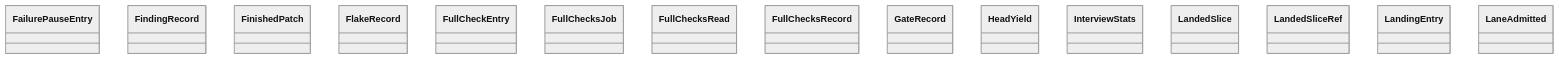
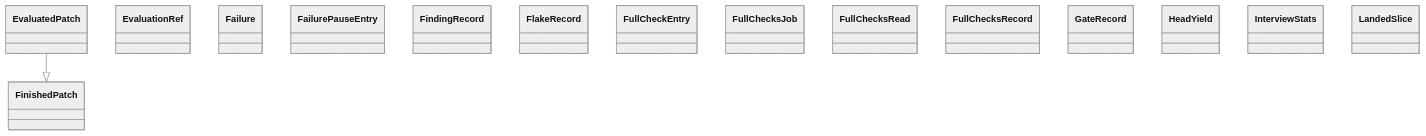
The diagram in docs/architecture/generated/classes-process-domain-state-5.md (GonzaloZevallos/agentic-system), drawn with Mermaid (neutral theme) before and after one commit. The commit also changed other lines of this file and 46 other files, not shown here.

````diff
--- a/docs/architecture/generated/classes-process-domain-state-5.md
+++ b/docs/architecture/generated/classes-process-domain-state-5.md
@@ -28,18 +29,19 @@
 ```mermaid
 classDiagram
+    class task__EvaluatedPatch["EvaluatedPatch"]
+    class task__EvaluationRef["EvaluationRef"]
+    class task__Failure["Failure"]
     class task__FailurePauseEntry["FailurePauseEntry"]
     class task__FindingRecord["FindingRecord"]
     class task__FinishedPatch["FinishedPatch"]
     class task__FlakeRecord["FlakeRecord"]
     class task__FullCheckEntry["FullCheckEntry"]
     class task__FullChecksJob["FullChecksJob"]
     class task__FullChecksRead["FullChecksRead"]
     class task__FullChecksRecord["FullChecksRecord"]
     class task__GateRecord["GateRecord"]
     class task__HeadYield["HeadYield"]
     class task__InterviewStats["InterviewStats"]
     class task__LandedSlice["LandedSlice"]
-    class task__LandedSliceRef["LandedSliceRef"]
-    class task__LandingEntry["LandingEntry"]
-    class task__LaneAdmitted["LaneAdmitted"]
+    task__EvaluatedPatch --|> task__FinishedPatch
 ```
````
